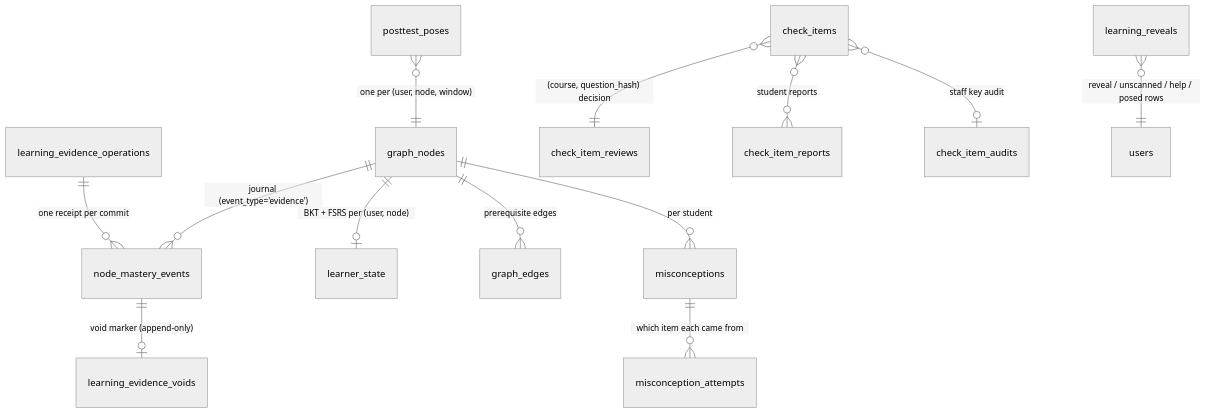
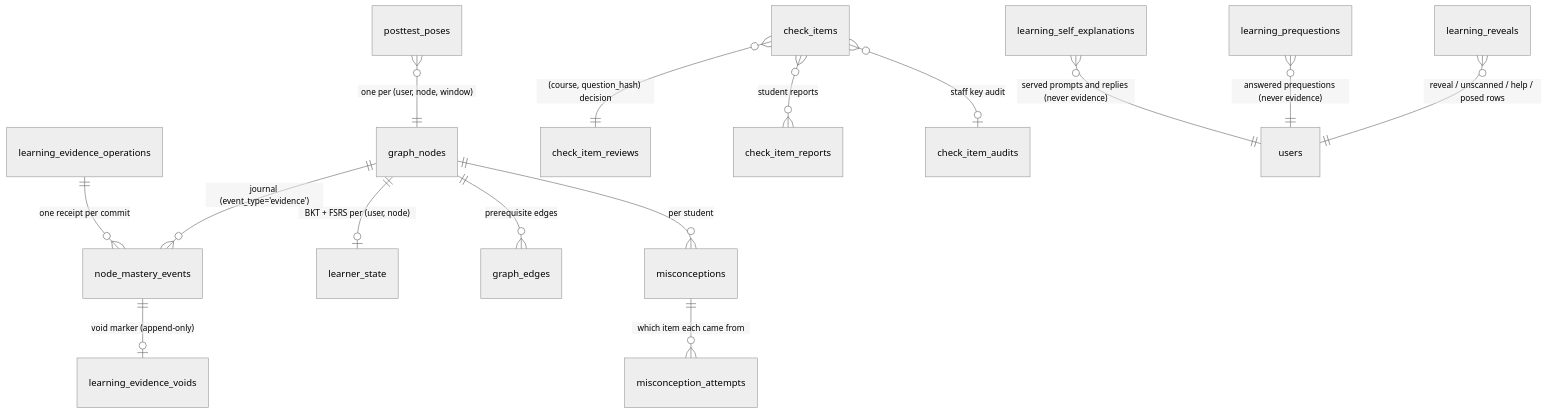
One commit to SaplingLearn/Sapling changed the diagram in docs/learning-loop/data-model.md. Above: the diagram before and after it, drawn with Mermaid (neutral theme). The commit also changed other lines of this file and 8 other files, not shown here.

````diff
--- a/docs/learning-loop/data-model.md
+++ b/docs/learning-loop/data-model.md
@@ -39,15 +39,17 @@
 ```mermaid
 erDiagram
   graph_nodes ||--o{ node_mastery_events : "journal (event_type='evidence')"
   graph_nodes ||--o| learner_state : "BKT + FSRS per (user, node)"
   graph_nodes ||--o{ graph_edges : "prerequisite edges"
   node_mastery_events ||--o| learning_evidence_voids : "void marker (append-only)"
   learning_evidence_operations ||--o{ node_mastery_events : "one receipt per commit"
   check_items }o--|| check_item_reviews : "(course, question_hash) decision"
   check_items }o--o{ check_item_reports : "student reports"
   check_items }o--o| check_item_audits : "staff key audit"
   graph_nodes ||--o{ misconceptions : "per student"
   misconceptions ||--o{ misconception_attempts : "which item each came from"
   posttest_poses }o--|| graph_nodes : "one per (user, node, window)"
   learning_reveals }o--|| users : "reveal / unscanned / help / posed rows"
+  learning_prequestions }o--|| users : "answered prequestions (never evidence)"
+  learning_self_explanations }o--|| users : "served prompts and replies (never evidence)"
 ```
````
